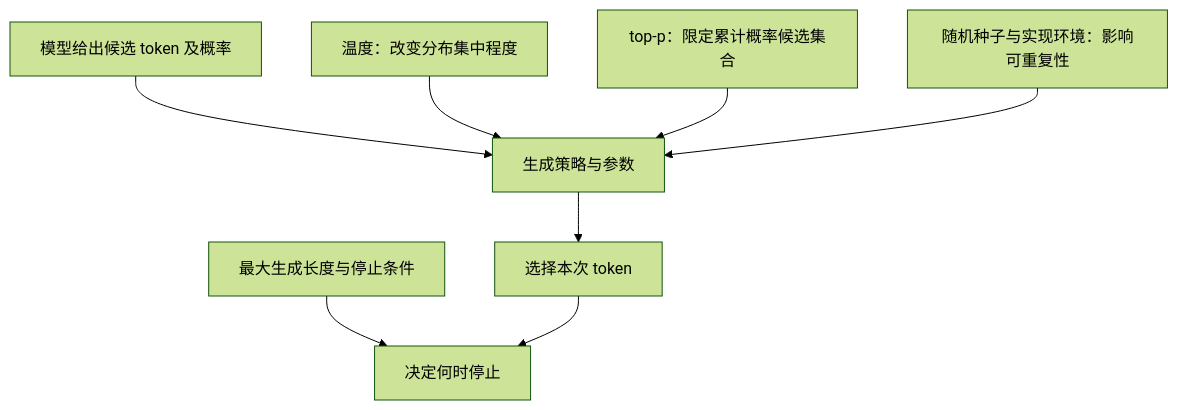
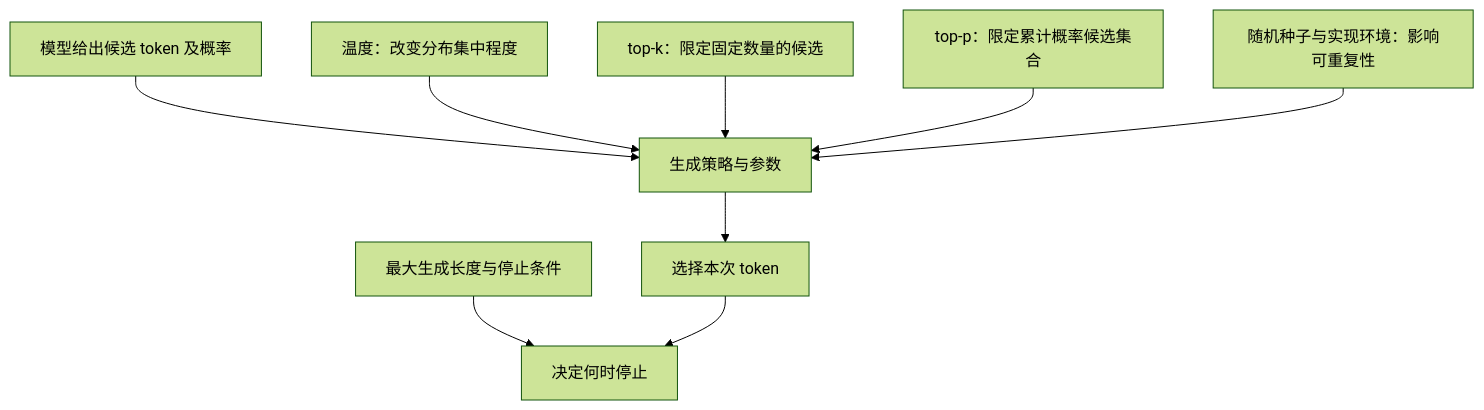
One commit to X-lab2017/AIOS101 changed the fourth of 7 diagrams in textbook/chapters/CH05-training-to-inference.md. Above: the diagram before and after it, drawn with Mermaid (forest theme). The commit also changed other lines of this file and 11 other files, not shown here.

````diff
--- a/textbook/chapters/CH05-training-to-inference.md
+++ b/textbook/chapters/CH05-training-to-inference.md
@@ -138,10 +178,11 @@
 ```mermaid
 flowchart TD
     D["模型给出候选 token 及概率"] --> G["生成策略与参数"]
     T["温度：改变分布集中程度"] --> G
+    K["top-k：限定固定数量的候选"] --> G
     P["top-p：限定累计概率候选集合"] --> G
     R["随机种子与实现环境：影响可重复性"] --> G
     G --> S["选择本次 token"]
     L["最大生成长度与停止条件"] --> E["决定何时停止"]
     S --> E
 ```
````
